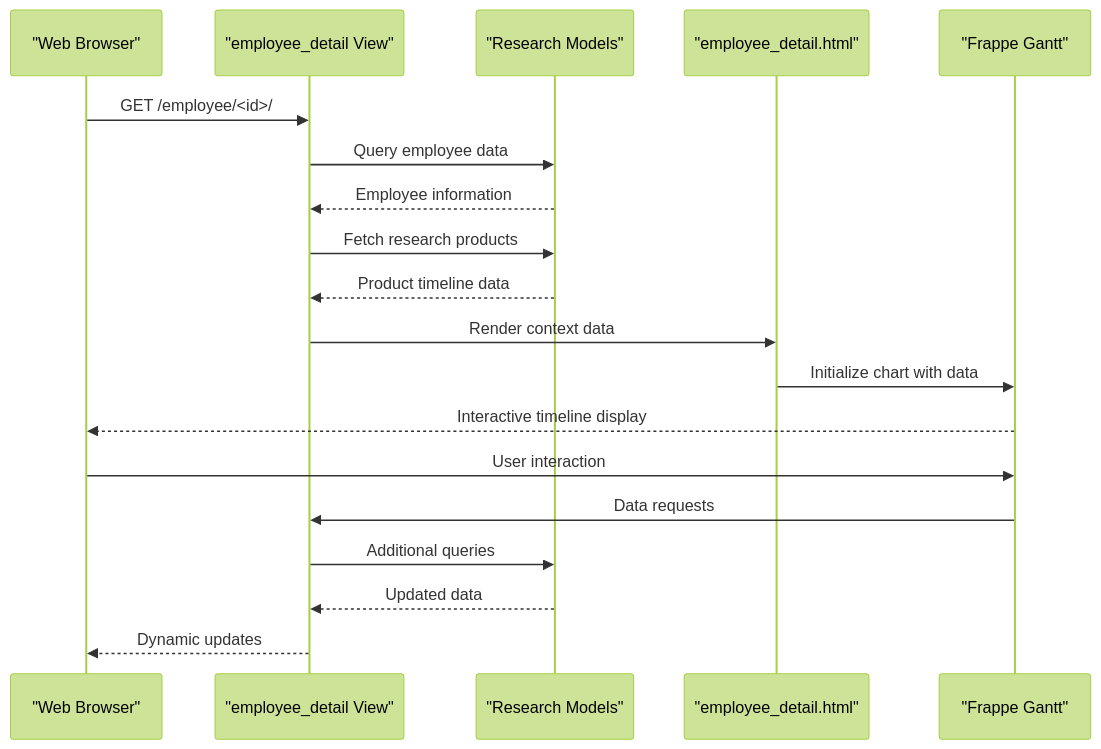
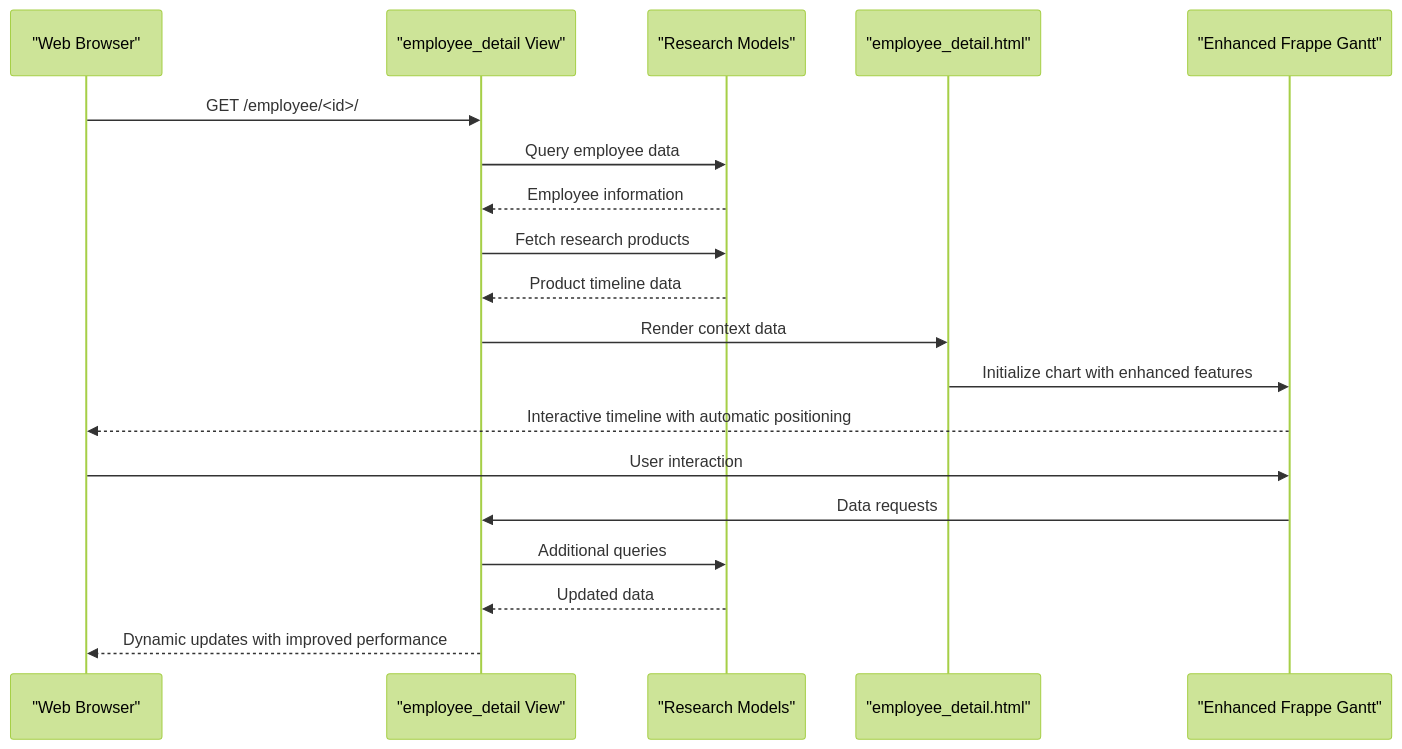
Before and after one commit to Pavel9474/task_manager: the second of 7 diagrams in .qoder/repowiki/en/content/Employee and Organization Management/Employee Detail Page with Gantt Chart.md, drawn with Mermaid (forest theme). The commit also changed other lines of this file and 11 other files, not shown here.

Commit message:
bars are added gantt correct, popup windows works

````diff
--- a/.qoder/repowiki/en/content/Employee and Organization Management/Employee Detail Page with Gantt Chart.md
+++ b/.qoder/repowiki/en/content/Employee and Organization Management/Employee Detail Page with Gantt Chart.md
@@ -111,21 +123,21 @@
 ```mermaid
 sequenceDiagram
 participant Client as "Web Browser"
 participant View as "employee_detail View"
 participant Models as "Research Models"
 participant Template as "employee_detail.html"
-participant Gantt as "Frappe Gantt"
+participant Gantt as "Enhanced Frappe Gantt"
 Client->>View : GET /employee/<id>/
 View->>Models : Query employee data
 Models-->>View : Employee information
 View->>Models : Fetch research products
 Models-->>View : Product timeline data
 View->>Template : Render context data
-Template->>Gantt : Initialize chart with data
-Gantt-->>Client : Interactive timeline display
+Template->>Gantt : Initialize chart with enhanced features
+Gantt-->>Client : Interactive timeline with automatic positioning
 Client->>Gantt : User interaction
 Gantt->>View : Data requests
 View->>Models : Additional queries
 Models-->>View : Updated data
-View-->>Client : Dynamic updates
+View-->>Client : Dynamic updates with improved performance
 ```
````
